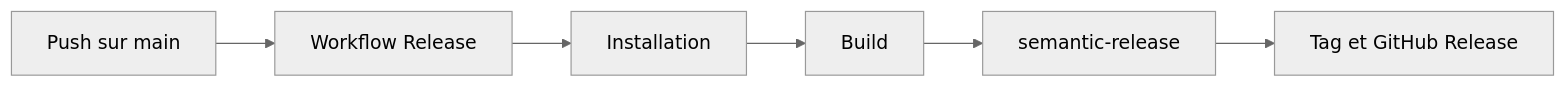
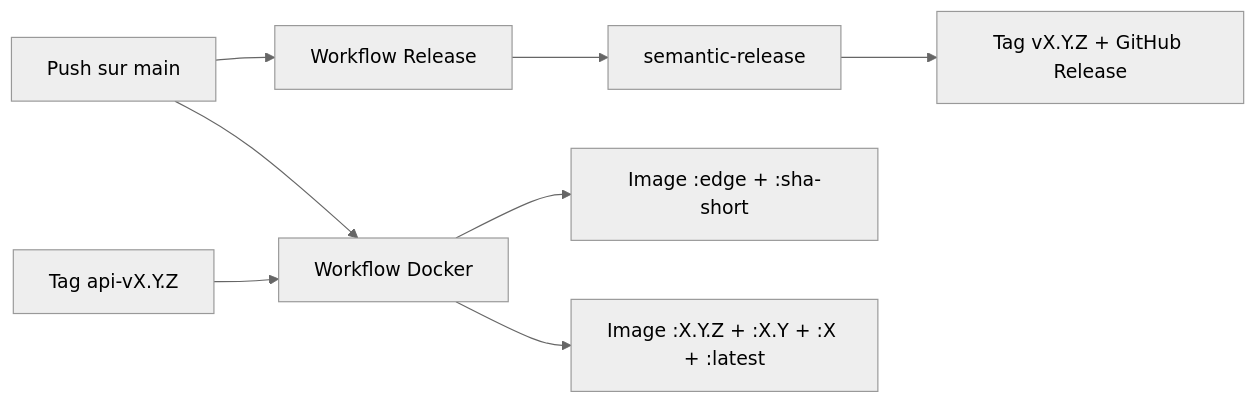
The diagram in docs/release-npm.md (Wifsimster/koe), drawn with Mermaid (neutral theme) before and after one commit. The commit also changed other lines of this file and 3 other files, not shown here.

First line of the commit message:
docs: document Docker release pipeline and dual tag scheme

````diff
--- a/docs/release-npm.md
+++ b/docs/release-npm.md
@@ -16,8 +17,10 @@
 ```mermaid
 graph LR
     A[Push sur main] --> B[Workflow Release]
-    B --> C[Installation]
-    C --> D[Build]
-    D --> E[semantic-release]
-    E --> F[Tag et GitHub Release]
+    A --> D[Workflow Docker]
+    B --> C[semantic-release]
+    C --> C1[Tag vX.Y.Z + GitHub Release]
+    D --> D1[Image :edge + :sha-short]
+    T[Tag api-vX.Y.Z] --> D
+    D --> D2[Image :X.Y.Z + :X.Y + :X + :latest]
 ```
````
